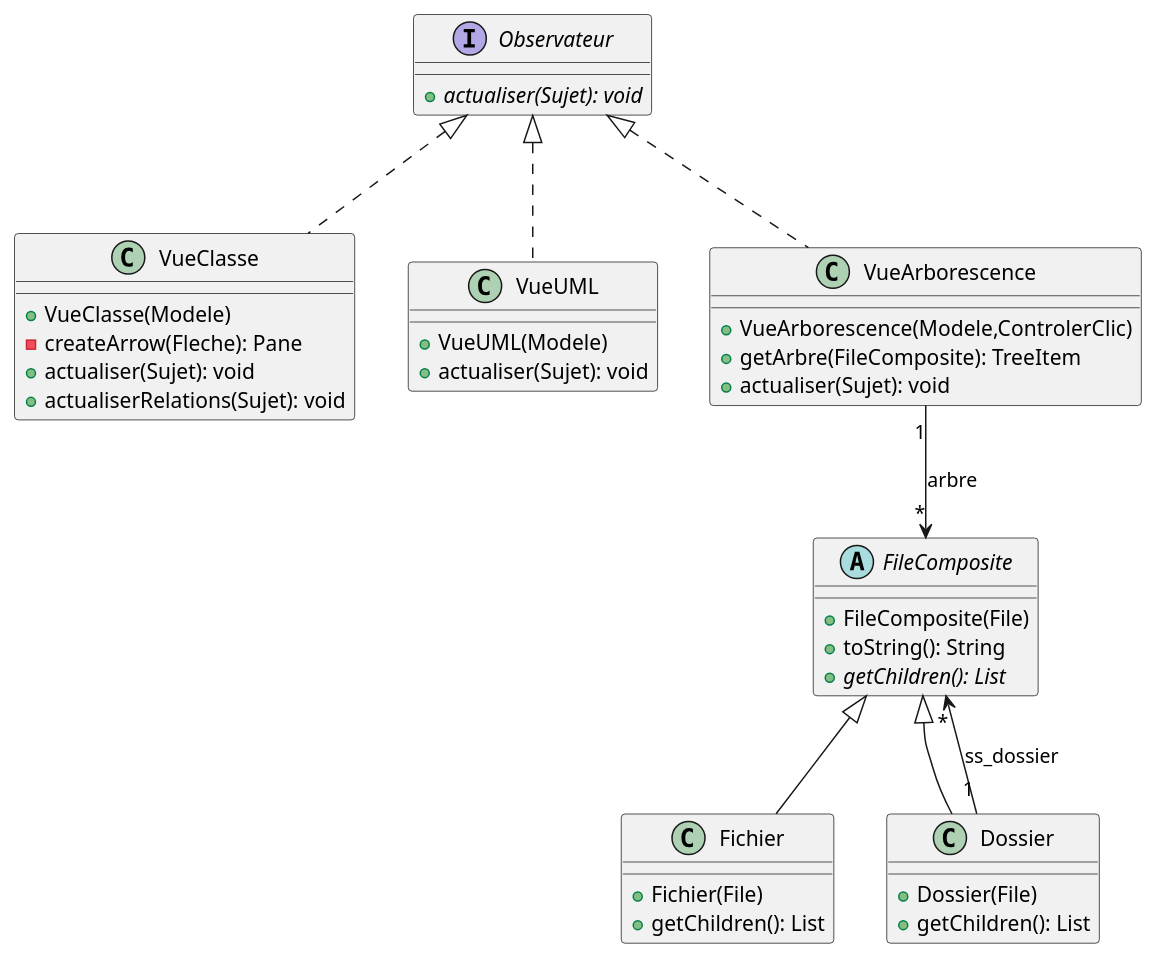
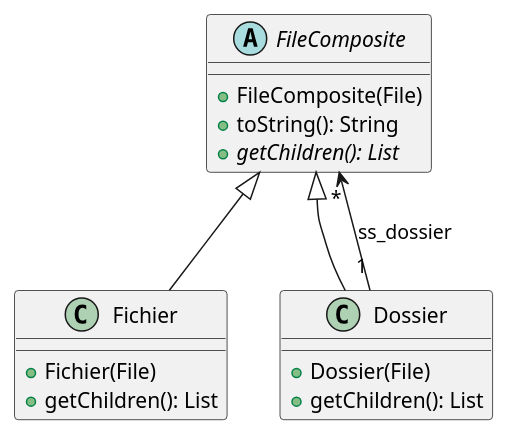
Before and after one commit to EliasKho/SAE-Plugin_JavaFx: the diagram in Diag.puml, drawn with PlantUML. The commit also changed 2 other files, not shown here.

```diff
--- a/Diag.puml
+++ b/Diag.puml
@@ -1,47 +1,21 @@
 @startuml
-class VueClasse {
-+VueClasse(Modele)
--createArrow(Fleche): Pane
-+actualiser(Sujet): void
-+actualiserRelations(Sujet): void
-}
-
 class Fichier {
 +Fichier(File)
 +getChildren(): List
 }
 
-interface Observateur {
-+{abstract} actualiser(Sujet): void
-}
-
-class VueUML {
-+VueUML(Modele)
-+actualiser(Sujet): void
-}
-
 class Dossier {
 +Dossier(File)
 +getChildren(): List
-}
-
-class VueArborescence {
-+VueArborescence(Modele,ControlerClic)
-+getArbre(FileComposite): TreeItem
-+actualiser(Sujet): void
 }
 
 abstract class FileComposite {
 +FileComposite(File)
 +toString(): String
 +{abstract} getChildren(): List
 }
 
-VueClasse .u.|> Observateur : ""
 Fichier -u-|> FileComposite : ""
-VueUML .u.|> Observateur : ""
 Dossier -u-|> FileComposite : ""
 Dossier "1" --> "*" FileComposite : ss_dossier
-VueArborescence .u.|> Observateur : ""
-VueArborescence "1" --> "*" FileComposite : arbre
 @enduml
```
